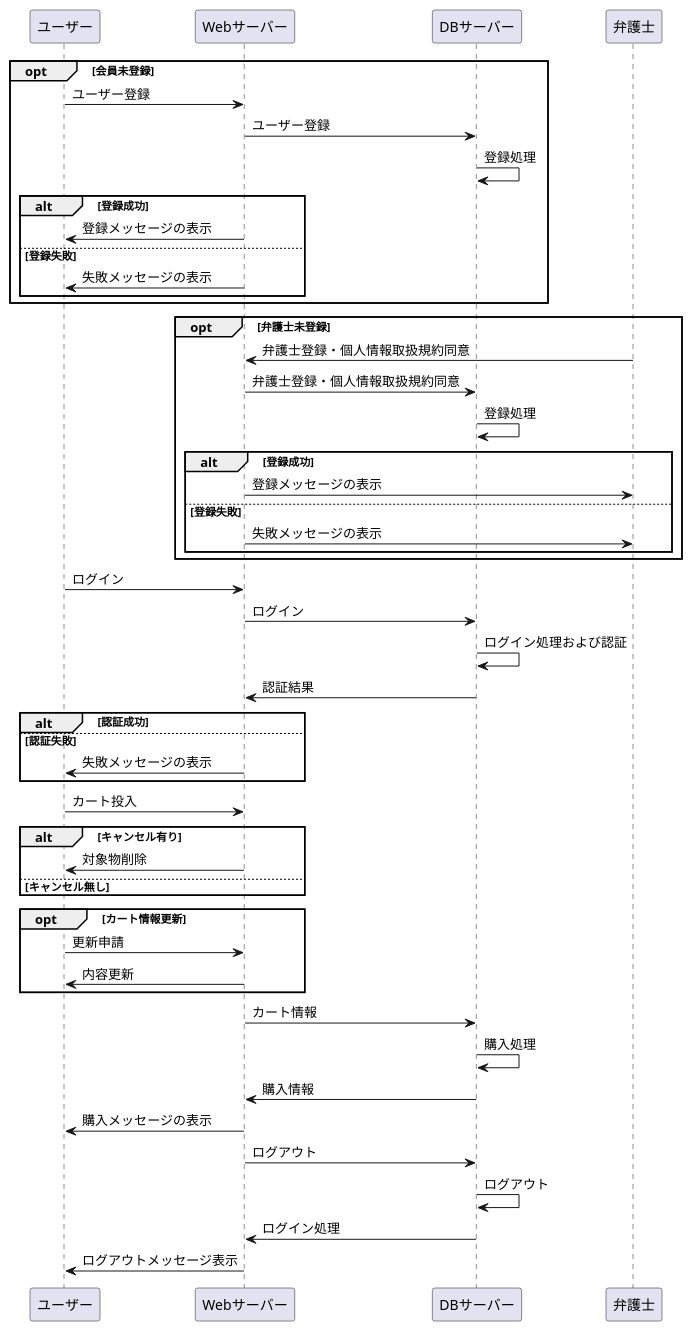
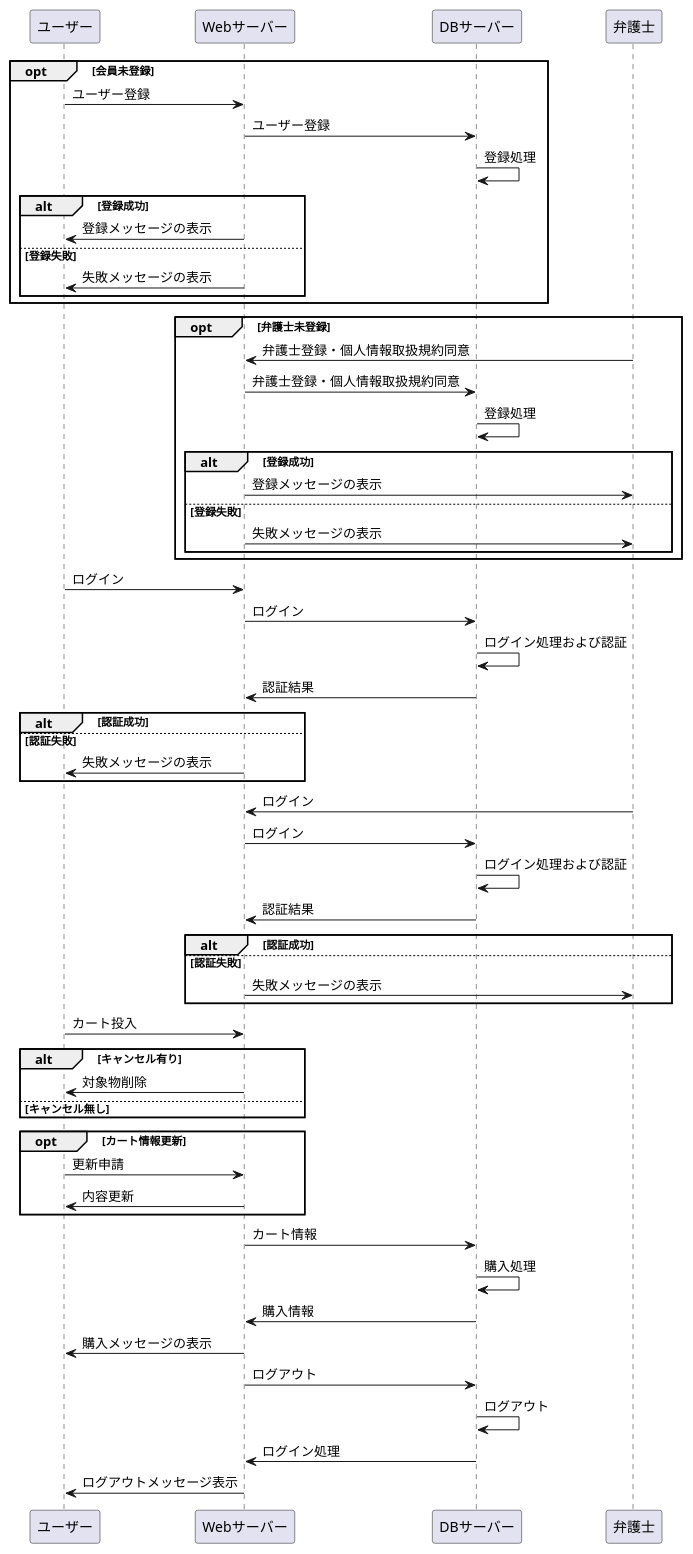
Before and after one commit to Aso2001374/2021sys-design: the diagram in bengoshi-syoukai.md, drawn with PlantUML.

````diff
--- a/bengoshi-syoukai.md
+++ b/bengoshi-syoukai.md
@@ -1,5 +1,7 @@
 ```uml
 @startuml
+
+
 
 opt 会員未登録
 
@@ -14,6 +16,7 @@
   end
   
 end
+
 
 
 opt 弁護士未登録
@@ -31,6 +34,7 @@
 end
 
 
+
 ユーザー -> Webサーバー:ログイン
 Webサーバー -> DBサーバー:ログイン
 DBサーバー -> DBサーバー:ログイン処理および認証
@@ -42,6 +46,19 @@
   end
     
 
+
+弁護士 -> Webサーバー:ログイン
+Webサーバー -> DBサーバー:ログイン
+DBサーバー -> DBサーバー:ログイン処理および認証
+DBサーバー -> Webサーバー:認証結果
+
+  alt 認証成功
+    else 認証失敗
+    Webサーバー ->弁護士:失敗メッセージの表示
+  end
+  
+  
+  
 ユーザー -> Webサーバー:カート投入
 
   
````
